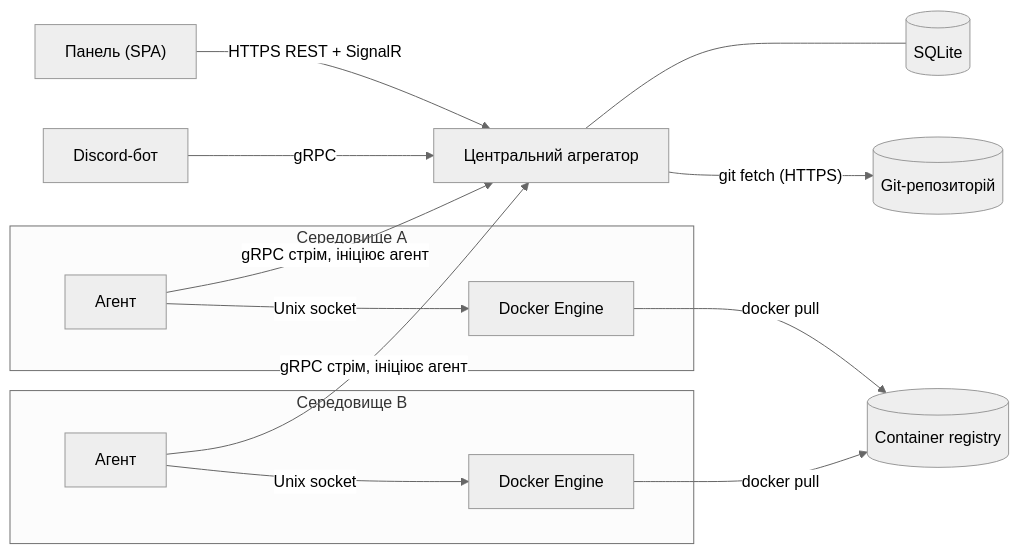
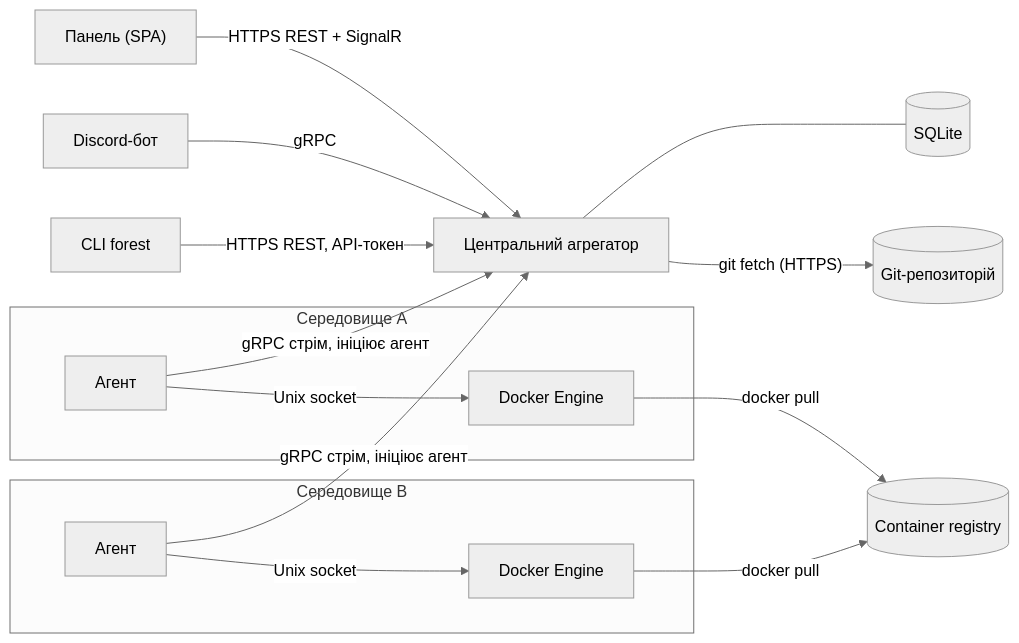
Before and after one commit to container-forest/container-forest: the diagram in docs/architecture.md, drawn with Mermaid (neutral theme). The commit also changed other lines of this file and 8 other files, not shown here.

First line of the commit message:
docs: the forest CLI in the architecture, contributing guide and lab records

````diff
--- a/docs/architecture.md
+++ b/docs/architecture.md
@@ -42,17 +43,18 @@
 ```mermaid
 flowchart LR
   UI["Панель (SPA)"] -->|"HTTPS REST + SignalR"| CA["Центральний агрегатор"]
   Bot["Discord-бот"] -->|"gRPC"| CA
+  Cli["CLI forest"] -->|"HTTPS REST, API-токен"| CA
   CA --- DB[("SQLite")]
   CA -->|"git fetch (HTTPS)"| Git[("Git-репозиторій")]
   subgraph EnvA["Середовище A"]
     EA1["Агент"] -->|"Unix socket"| D1["Docker Engine"]
   end
   subgraph EnvB["Середовище B"]
     EA2["Агент"] -->|"Unix socket"| D2["Docker Engine"]
   end
   EA1 -->|"gRPC стрім, ініціює агент"| CA
   EA2 -->|"gRPC стрім, ініціює агент"| CA
   D1 -->|"docker pull"| Reg[("Container registry")]
   D2 -->|"docker pull"| Reg
 ```
````
